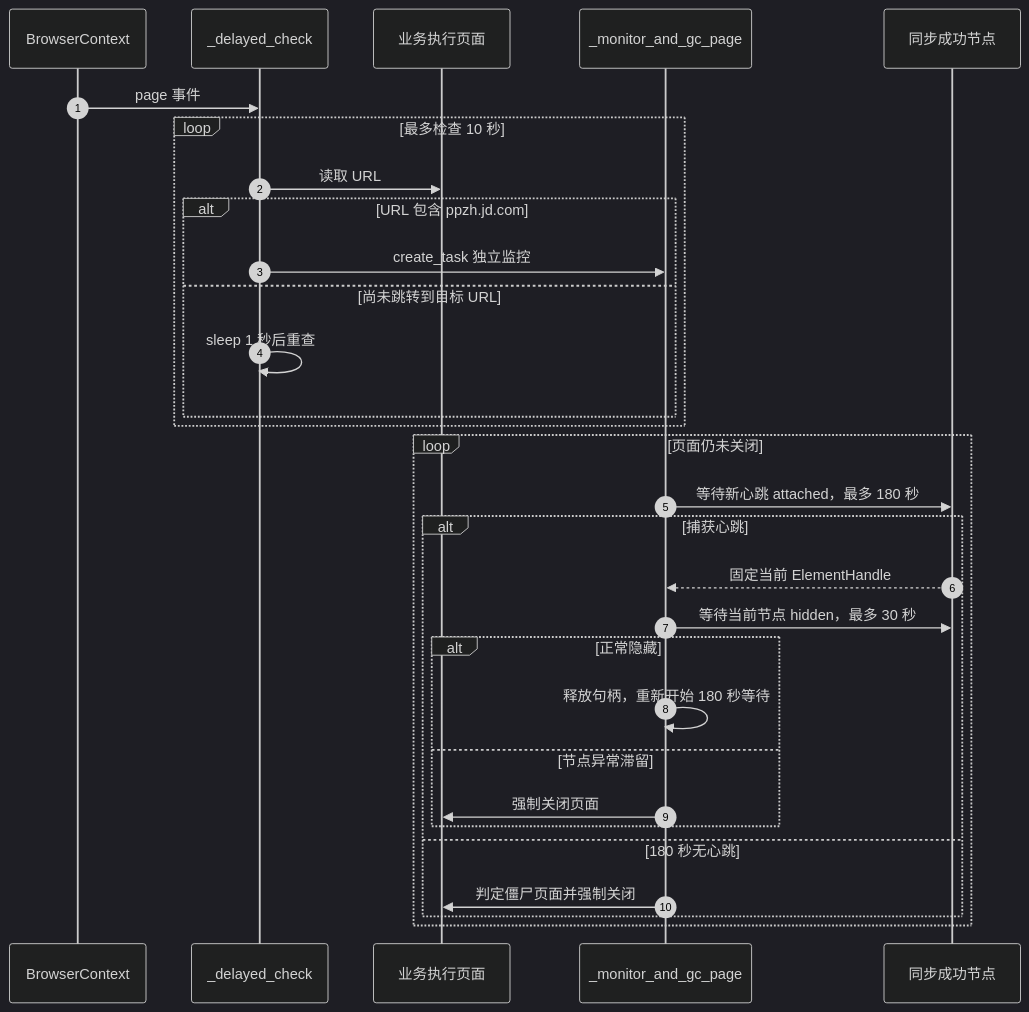
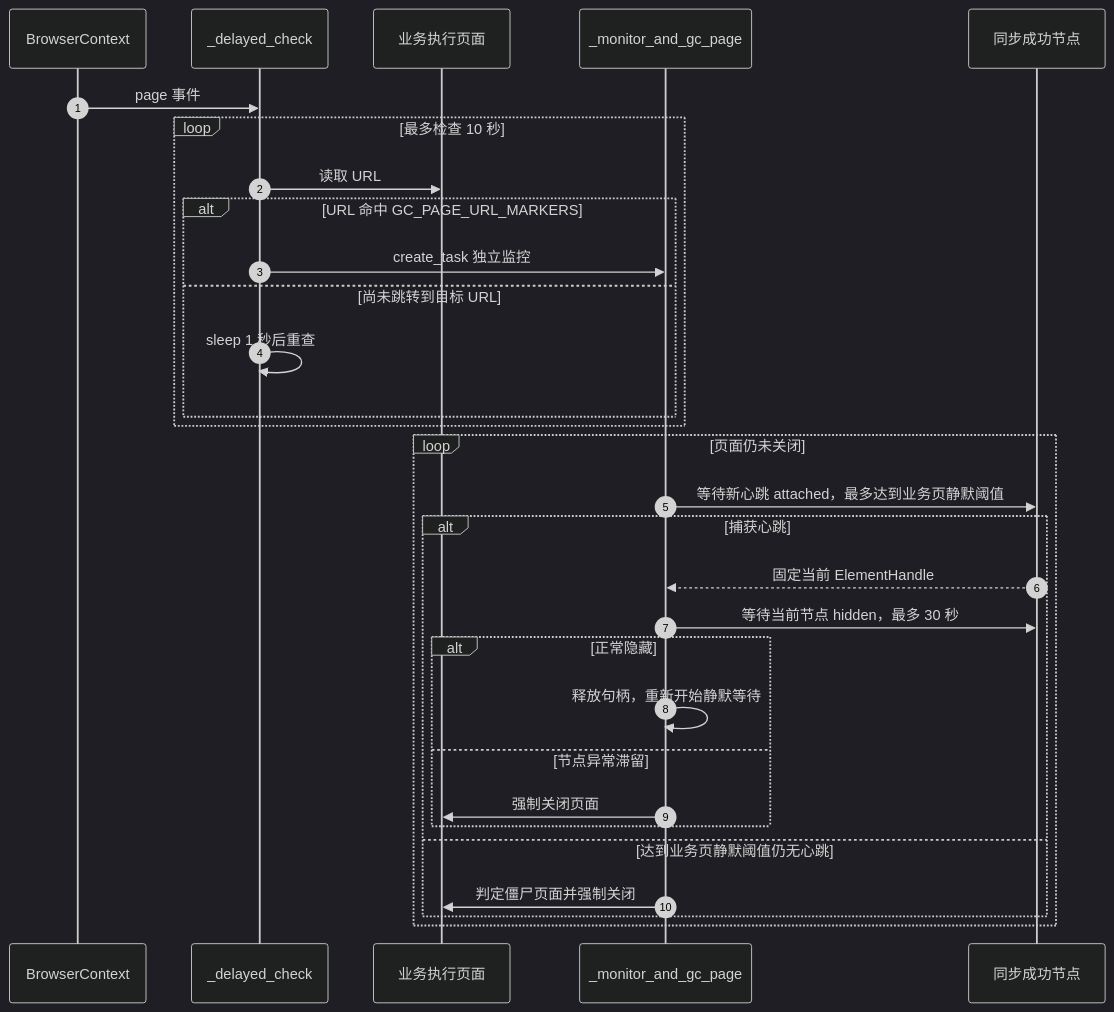
One commit to liao084/BitBrowser-Backfill-Engine changed diagram 11 of 15 in ARCHITECTURE.md. Above: the diagram before and after it, drawn with Mermaid (dark theme). The commit also changed other lines of this file and 6 other files, not shown here.

````diff
--- a/ARCHITECTURE.md
+++ b/ARCHITECTURE.md
@@ -403,34 +418,34 @@
 ```mermaid
 sequenceDiagram
     autonumber
     participant Ctx as BrowserContext
     participant Detect as _delayed_check
     participant JD as 业务执行页面
     participant GC as _monitor_and_gc_page
     participant Toast as 同步成功节点
 
     Ctx->>Detect: page 事件
     loop 最多检查 10 秒
         Detect->>JD: 读取 URL
-        alt URL 包含 ppzh.jd.com
+        alt URL 命中 GC_PAGE_URL_MARKERS
             Detect->>GC: create_task 独立监控
         else 尚未跳转到目标 URL
             Detect->>Detect: sleep 1 秒后重查
         end
     end
 
     loop 页面仍未关闭
-        GC->>Toast: 等待新心跳 attached，最多 180 秒
+        GC->>Toast: 等待新心跳 attached，最多达到业务页静默阈值
         alt 捕获心跳
             Toast-->>GC: 固定当前 ElementHandle
             GC->>Toast: 等待当前节点 hidden，最多 30 秒
             alt 正常隐藏
-                GC->>GC: 释放句柄，重新开始 180 秒等待
+                GC->>GC: 释放句柄，重新开始静默等待
             else 节点异常滞留
                 GC->>JD: 强制关闭页面
             end
-        else 180 秒无心跳
+        else 达到业务页静默阈值仍无心跳
             GC->>JD: 判定僵尸页面并强制关闭
         end
     end
 ```
````
